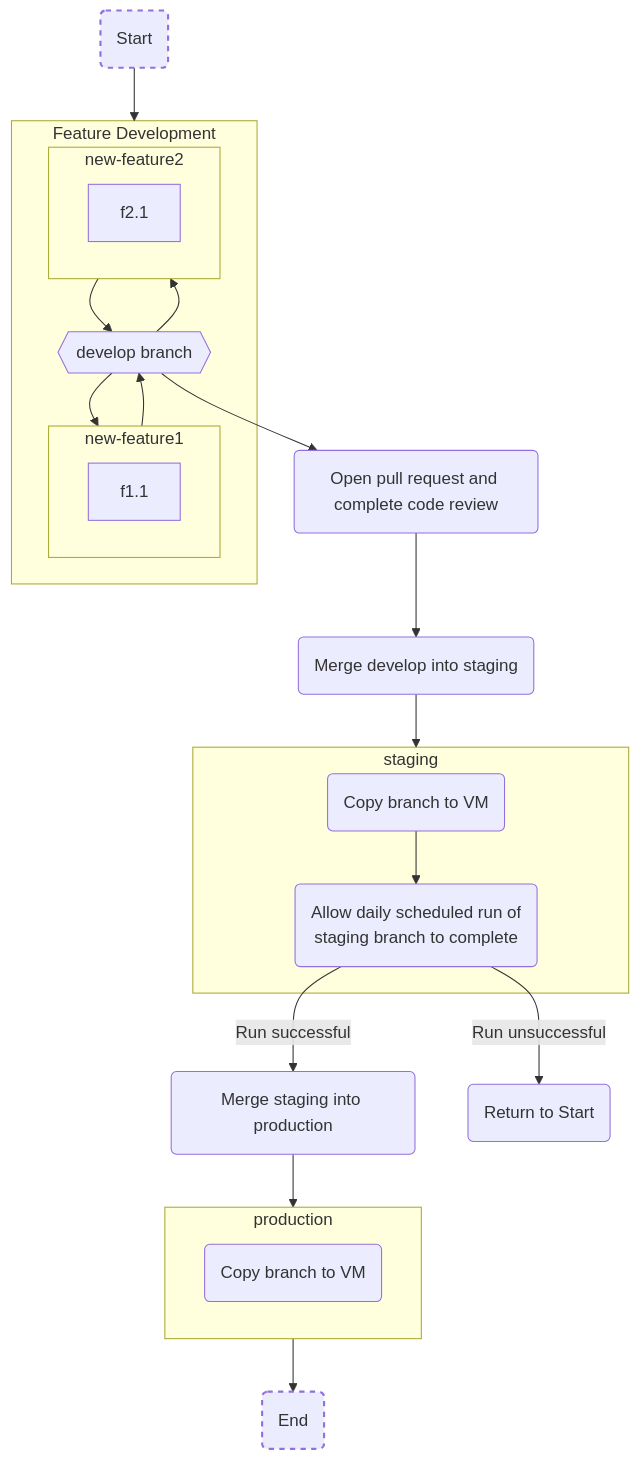
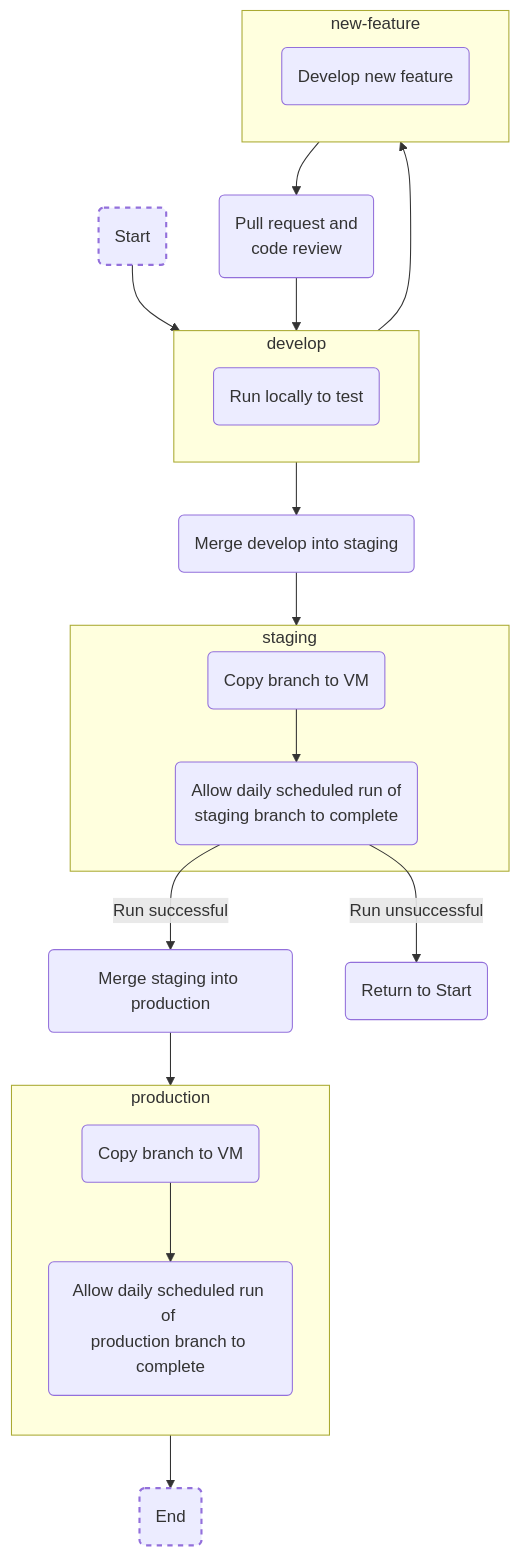
Before and after one commit to alice-hannah/loose-code: the diagram in test-flow.md, drawn with Mermaid. The commit also changed other lines of this file, not shown here.

````diff
--- a/test-flow.md
+++ b/test-flow.md
@@ -1,33 +1,33 @@
 ```mermaid
 flowchart TB
-  subgraph fd [Feature Development]
-    d{{develop branch}}
-    subgraph f1 [new-feature1]
-      f1.1
-    end
-    subgraph f2 [new-feature2]
-      f2.1
-    end  
+  subgraph d [develop]
+    d1(Run locally to test)
+  end
+  subgraph f [new-feature]
+    f1(Develop new feature)
   end
   subgraph s [staging]
     s1(Copy branch to VM)
     s2(Allow daily scheduled run of <br>staging branch to complete)
     s1 --> s2
   end
   subgraph p [production]
+    direction TB
     p1(Copy branch to VM)
+    p2(Allow daily scheduled run of <br>production branch to complete)
+    p1 --> p2
   end
-  start(Start) --> fd
-  d --> f1 --> d
-  d --> f2 --> d
-  pr(Open pull request and complete code review)
+  start(Start) --> d
+  d --> f
+  pr(Pull request and <br>code review)
+  f --> pr --> d
   m.ds(Merge develop into staging)
-  d --> pr --> m.ds
+  d --> m.ds
   m.ds --> s
   s2-- Run successful --> m.sp(Merge staging into production)
   s2-- Run unsuccessful --> return(Return to Start)
   m.sp --> p
   p --> e(End)
   style start stroke-width:2px,stroke-dasharray: 5 5
   style e stroke-width:2px,stroke-dasharray: 5 5
 ```
````
